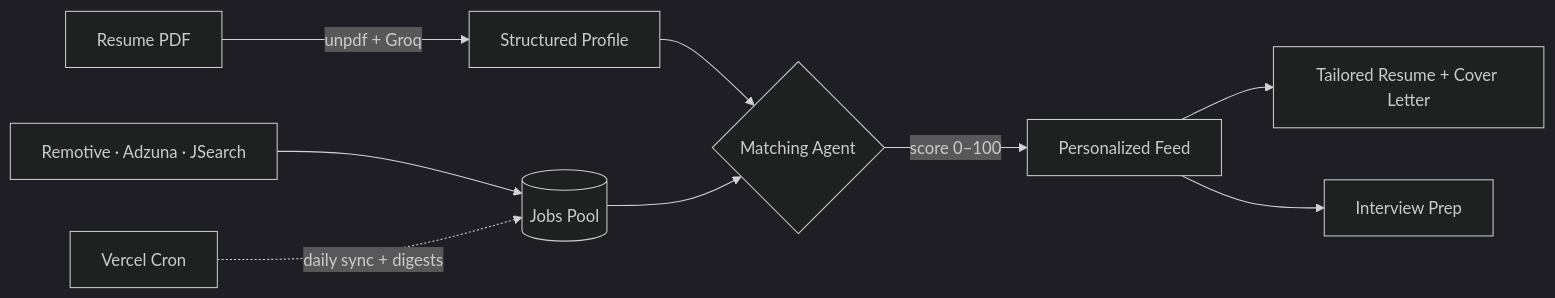
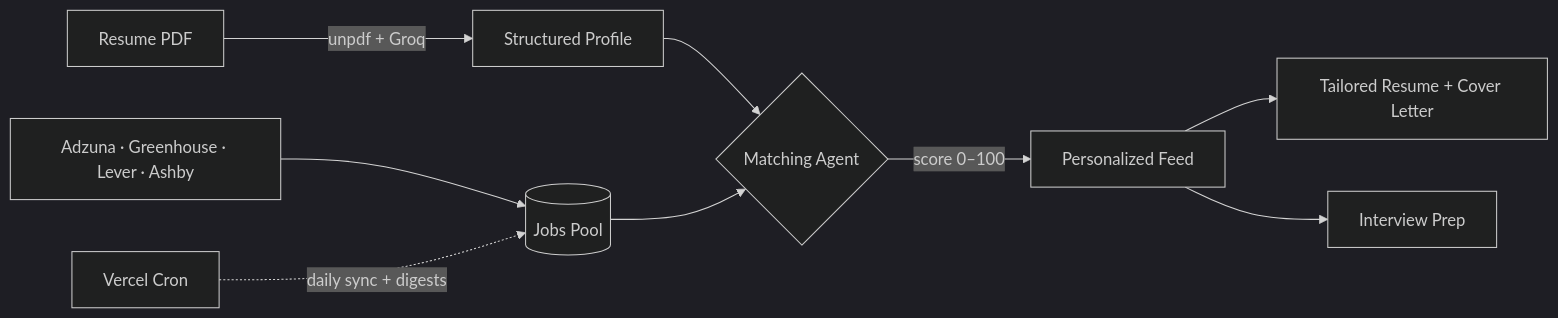
Before and after one commit to withhumanrevenge-cyber/JobAgents: the diagram in README.md, drawn with Mermaid (dark theme). The commit also changed other lines of this file and 11 other files, not shown here.

Commit message:
remove Remotive + JSearch — both dead sources, freeing cron budget

````diff
--- a/README.md
+++ b/README.md
@@ -65,11 +65,11 @@
 ```mermaid
 flowchart LR
     R["Resume PDF"] -->|unpdf + Groq| P["Structured Profile"]
-    SRC["Remotive · Adzuna · JSearch"] --> POOL[("Jobs Pool")]
+    SRC["Adzuna · Greenhouse · Lever · Ashby"] --> POOL[("Jobs Pool")]
     P --> MA{"Matching Agent"}
     POOL --> MA
     MA -->|"score 0–100"| FEED["Personalized Feed"]
     FEED --> SA["Tailored Resume + Cover Letter"]
     FEED --> IV["Interview Prep"]
     CRON["Vercel Cron"] -.->|"daily sync + digests"| POOL
 ```
````
